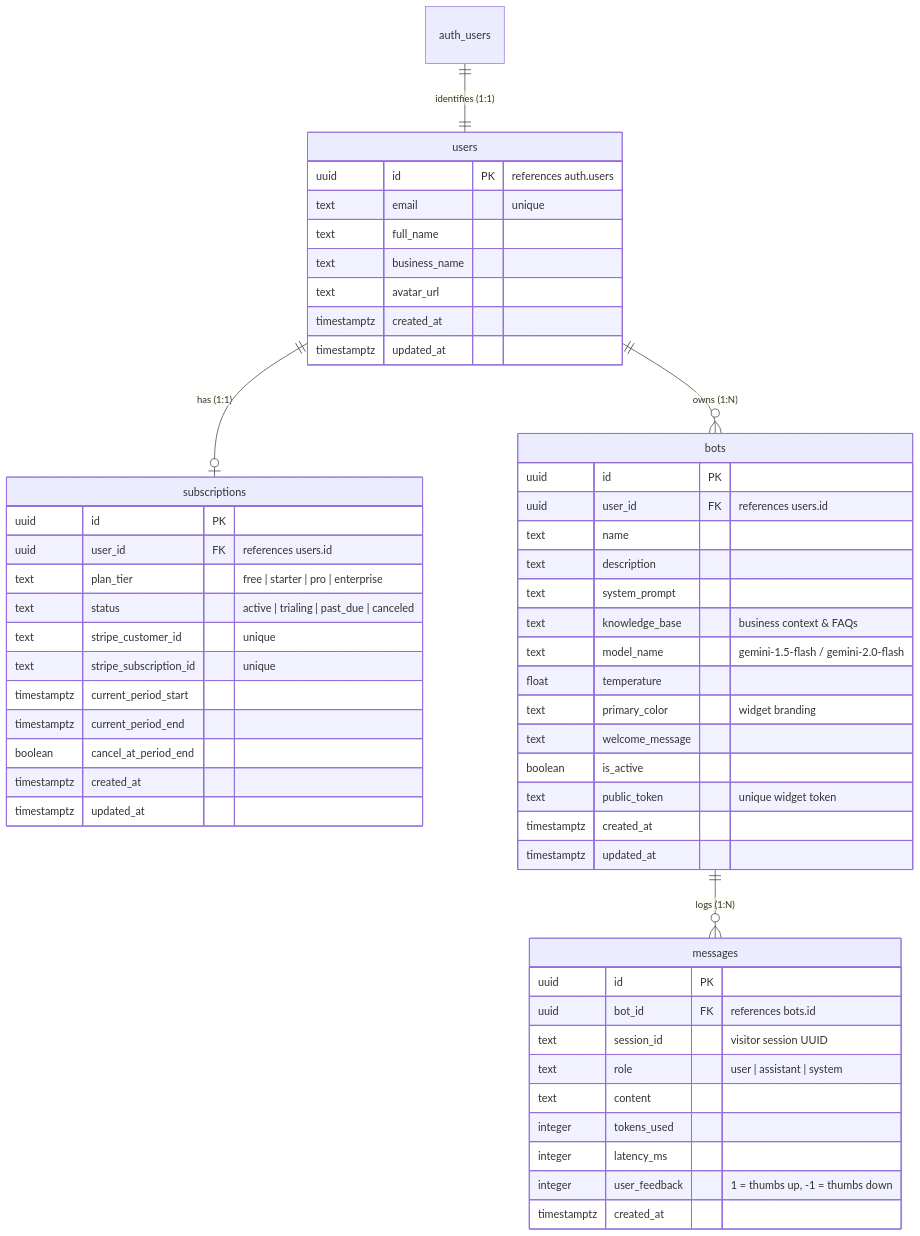
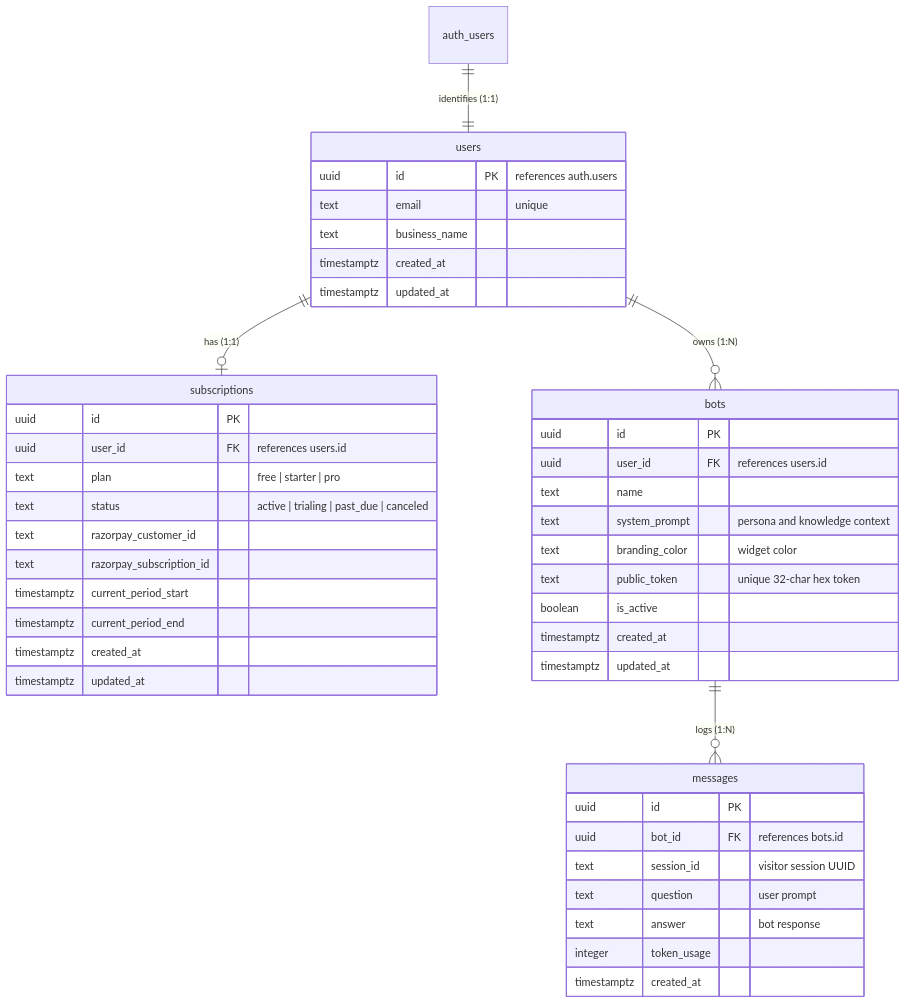
The diagram in PROJECT_STATE.md (tirthm2538-beep/bizbot-saas), drawn with Mermaid before and after one commit. The commit also changed other lines of this file and 8 other files, not shown here.

Commit message:
feat: add schema.sql, Supabase auth flows (signup, login, dashboard), and update project state

````diff
--- a/PROJECT_STATE.md
+++ b/PROJECT_STATE.md
@@ -22,60 +28,50 @@
 ```mermaid
 erDiagram
     auth_users ||--|| users : "identifies (1:1)"
     users ||--o| subscriptions : "has (1:1)"
     users ||--o{ bots : "owns (1:N)"
     bots ||--o{ messages : "logs (1:N)"
 
     users {
         uuid id PK "references auth.users"
         text email "unique"
-        text full_name
         text business_name
-        text avatar_url
         timestamptz created_at
         timestamptz updated_at
     }
 
     subscriptions {
         uuid id PK
         uuid user_id FK "references users.id"
-        text plan_tier "free | starter | pro | enterprise"
+        text plan "free | starter | pro"
         text status "active | trialing | past_due | canceled"
-        text stripe_customer_id "unique"
-        text stripe_subscription_id "unique"
+        text razorpay_customer_id
+        text razorpay_subscription_id
         timestamptz current_period_start
         timestamptz current_period_end
-        boolean cancel_at_period_end
         timestamptz created_at
         timestamptz updated_at
     }
 
     bots {
         uuid id PK
         uuid user_id FK "references users.id"
         text name
-        text description
-        text system_prompt
-        text knowledge_base "business context & FAQs"
-        text model_name "gemini-1.5-flash / gemini-2.0-flash"
-        float temperature
-        text primary_color "widget branding"
-        text welcome_message
+        text system_prompt "persona and knowledge context"
+        text branding_color "widget color"
+        text public_token "unique 32-char hex token"
         boolean is_active
-        text public_token "unique widget token"
         timestamptz created_at
         timestamptz updated_at
     }
 
     messages {
         uuid id PK
         uuid bot_id FK "references bots.id"
         text session_id "visitor session UUID"
-        text role "user | assistant | system"
-        text content
-        integer tokens_used
-        integer latency_ms
-        integer user_feedback "1 = thumbs up, -1 = thumbs down"
+        text question "user prompt"
+        text answer "bot response"
+        integer token_usage
         timestamptz created_at
     }
 ```
````
